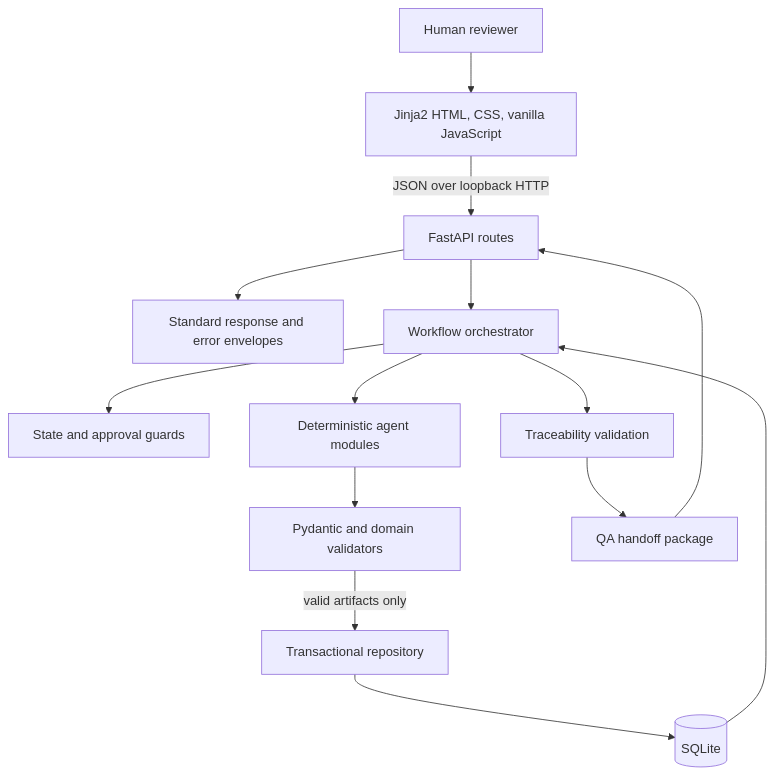
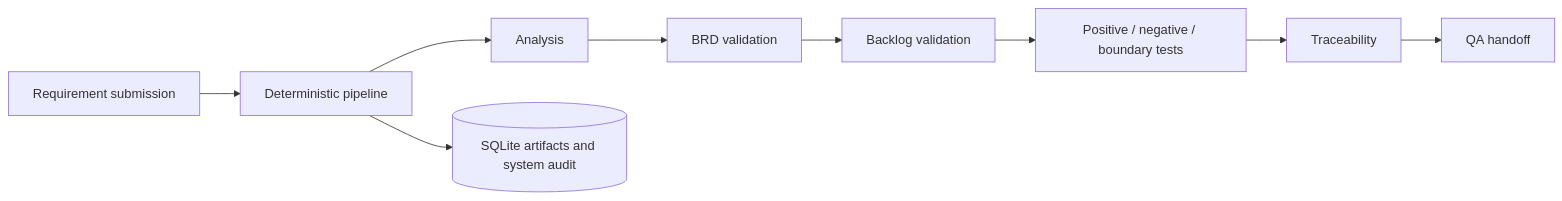
Before and after one commit to theycallmejc/openai-codex: the diagram in ARCHITECTURE.md, drawn with Mermaid. The commit also changed other lines of this file and 21 other files, not shown here.

````diff
--- a/ARCHITECTURE.md
+++ b/ARCHITECTURE.md
@@ -23,16 +5,11 @@
 ```mermaid
-flowchart TB
-    User[Human reviewer] --> UI[Jinja2 HTML, CSS, vanilla JavaScript]
-    UI -->|JSON over loopback HTTP| API[FastAPI routes]
-    API --> ENV[Standard response and error envelopes]
-    API --> ORCH[Workflow orchestrator]
-    ORCH --> GUARD[State and approval guards]
-    ORCH --> AGENTS[Deterministic agent modules]
-    AGENTS --> VALIDATE[Pydantic and domain validators]
-    VALIDATE -->|valid artifacts only| REPO[Transactional repository]
-    REPO --> DB[(SQLite)]
-    DB --> ORCH
-    ORCH --> TRACE[Traceability validation]
-    TRACE --> HANDOFF[QA handoff package]
-    HANDOFF --> API
+flowchart LR
+  R[Requirement submission] --> P[Deterministic pipeline]
+  P --> A[Analysis]
+  A --> B[BRD validation]
+  B --> L[Backlog validation]
+  L --> T[Positive / negative / boundary tests]
+  T --> X[Traceability]
+  X --> Q[QA handoff]
+  P --> D[(SQLite artifacts and system audit)]
 ```
````
